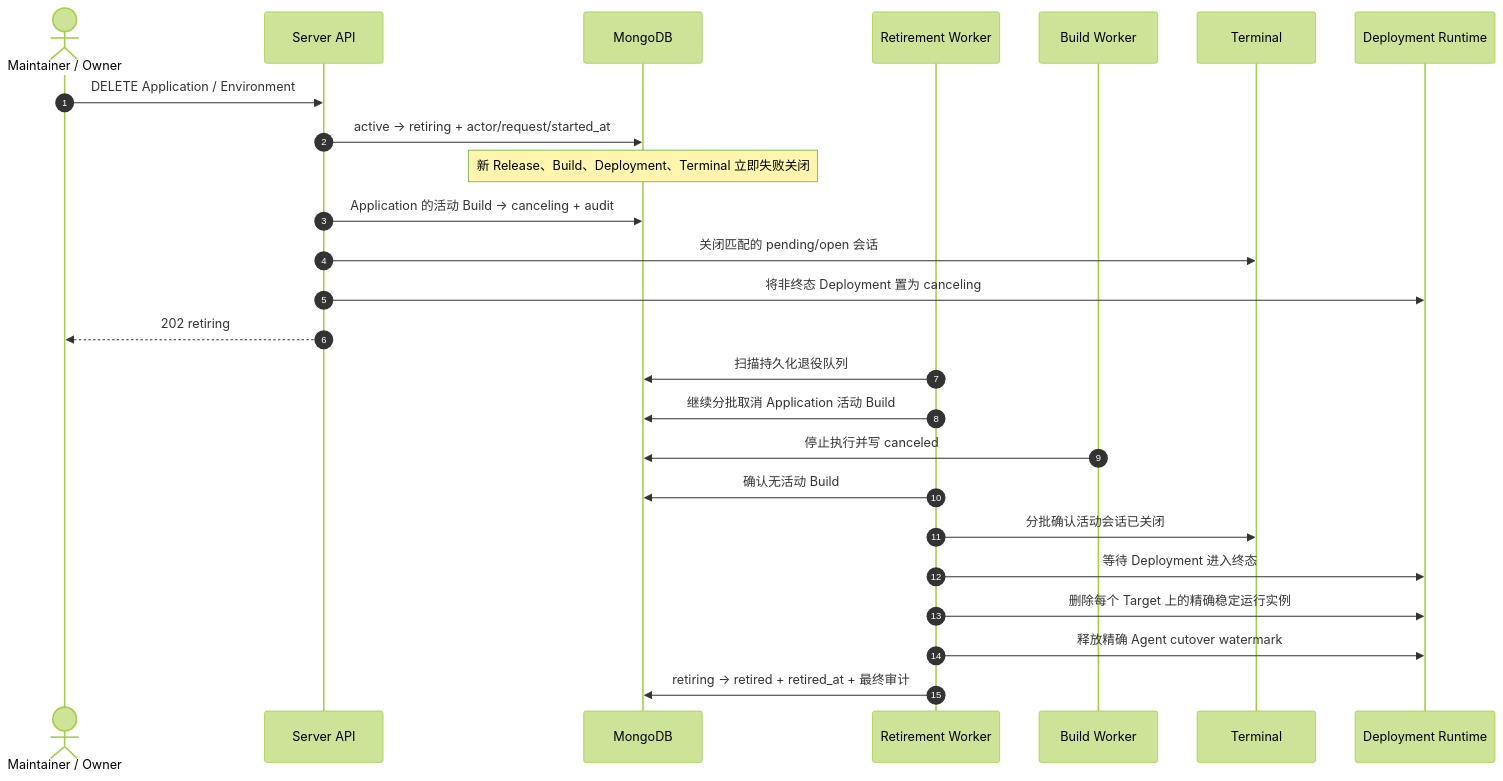
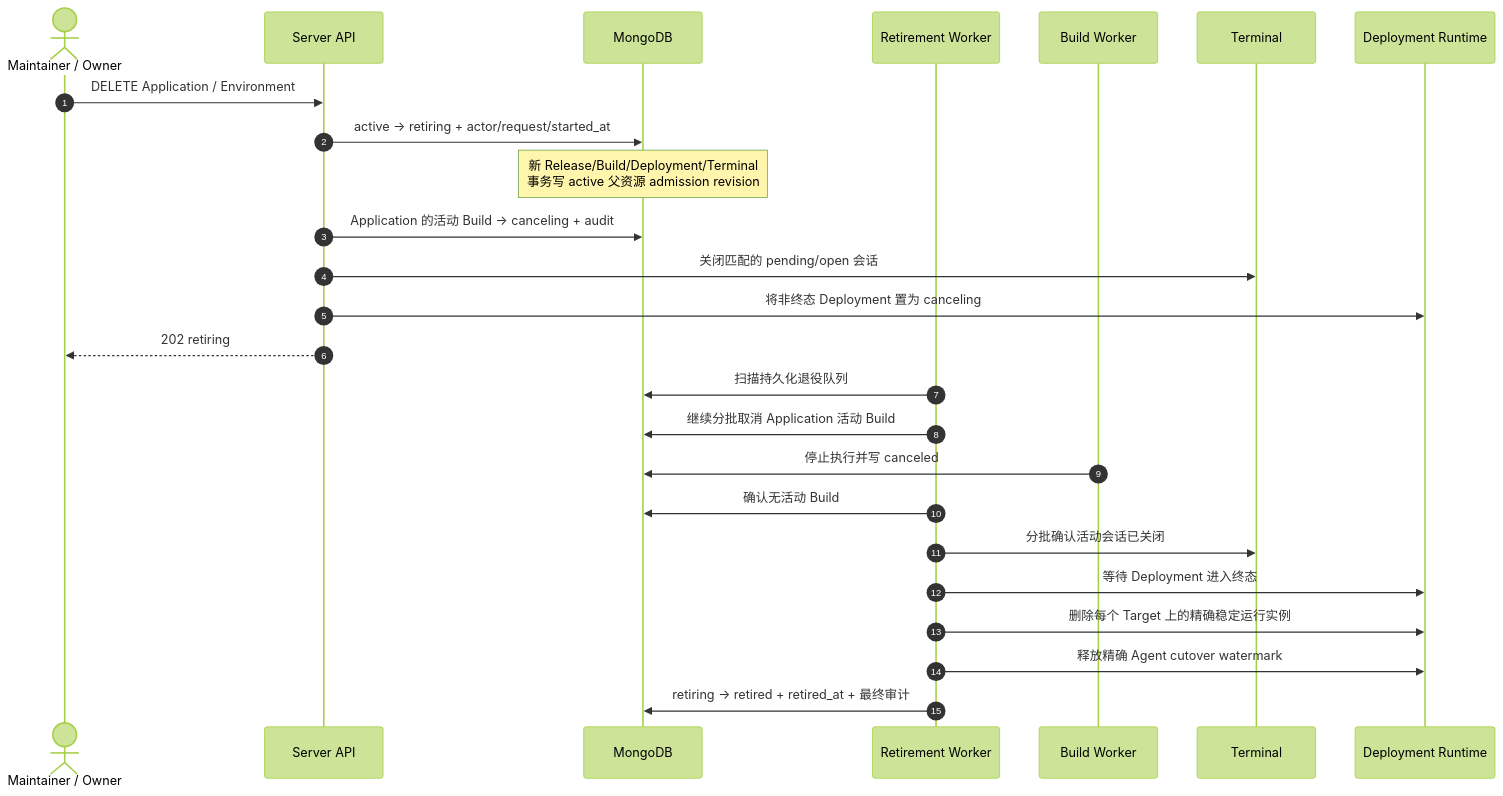
Before and after one commit to owndock/owndock: the first of 2 diagrams in docs/resource-retirement.md, drawn with Mermaid (forest theme). The commit also changed other lines of this file and 17 other files, not shown here.

````diff
--- a/docs/resource-retirement.md
+++ b/docs/resource-retirement.md
@@ -7,28 +7,28 @@
 ```mermaid
 sequenceDiagram
     autonumber
     actor U as Maintainer / Owner
     participant API as Server API
     participant DB as MongoDB
     participant W as Retirement Worker
     participant B as Build Worker
     participant T as Terminal
     participant D as Deployment Runtime
 
     U->>API: DELETE Application / Environment
     API->>DB: active → retiring + actor/request/started_at
-    Note over DB: 新 Release、Build、Deployment、Terminal 立即失败关闭
+    Note over DB: 新 Release/Build/Deployment/Terminal<br/>事务写 active 父资源 admission revision
     API->>DB: Application 的活动 Build → canceling + audit
     API->>T: 关闭匹配的 pending/open 会话
     API->>D: 将非终态 Deployment 置为 canceling
     API-->>U: 202 retiring
     W->>DB: 扫描持久化退役队列
     W->>DB: 继续分批取消 Application 活动 Build
     B->>DB: 停止执行并写 canceled
     W->>DB: 确认无活动 Build
     W->>T: 分批确认活动会话已关闭
     W->>D: 等待 Deployment 进入终态
     W->>D: 删除每个 Target 上的精确稳定运行实例
     W->>D: 释放精确 Agent cutover watermark
     W->>DB: retiring → retired + retired_at + 最终审计
 ```
````
